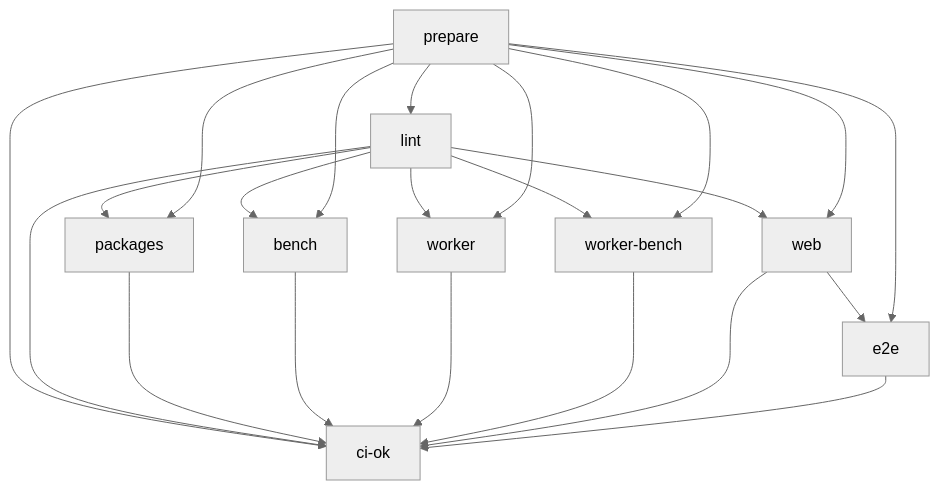
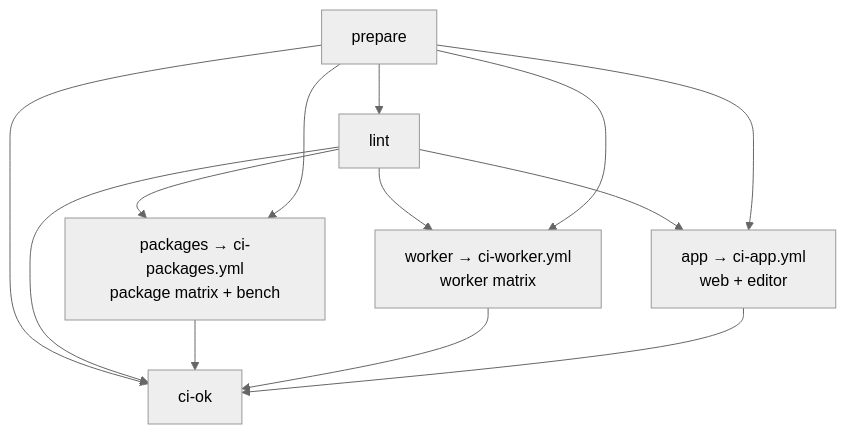
The diagram in .github/workflows/ci.md (soroush-tech/core), drawn with Mermaid (neutral theme) before and after one commit. The commit also changed other lines of this file and 21 other files, not shown here.

````diff
--- a/.github/workflows/ci.md
+++ b/.github/workflows/ci.md
@@ -29,24 +28,15 @@
 ```mermaid
 flowchart TD
     prepare --> lint
-    lint --> packages
-    lint --> bench
-    lint --> worker
-    lint --> workerbench["worker-bench"]
-    lint --> web
-    web --> e2e
+    lint --> packages["packages → ci-packages.yml<br/>package matrix + bench"]
+    lint --> worker["worker → ci-worker.yml<br/>worker matrix"]
+    lint --> app["app → ci-app.yml<br/>web + editor"]
     prepare --> packages
-    prepare --> bench
     prepare --> worker
-    prepare --> workerbench
-    prepare --> web
-    prepare --> e2e
+    prepare --> app
     prepare --> ciok["ci-ok"]
     lint --> ciok
     packages --> ciok
-    bench --> ciok
     worker --> ciok
-    workerbench --> ciok
-    web --> ciok
-    e2e --> ciok
+    app --> ciok
 ```
````
